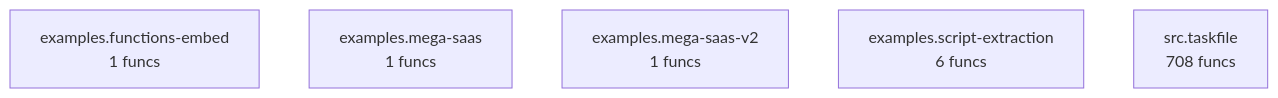
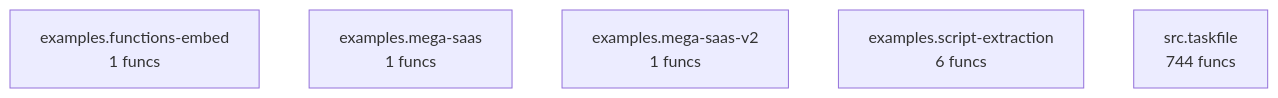
The diagram in project/compact_flow.mmd (pyfunc/taskfile), drawn with Mermaid before and after one commit. The commit also changed 33 other files, not shown here.

```diff
--- a/project/compact_flow.mmd
+++ b/project/compact_flow.mmd
@@ -1,6 +1,6 @@
 flowchart TD
     examples_functions_embed["examples.functions-embed<br/>1 funcs"]
     examples_mega_saas["examples.mega-saas<br/>1 funcs"]
     examples_mega_saas_v2["examples.mega-saas-v2<br/>1 funcs"]
     examples_script_extraction["examples.script-extraction<br/>6 funcs"]
-    src_taskfile["src.taskfile<br/>708 funcs"]
+    src_taskfile["src.taskfile<br/>744 funcs"]
```
